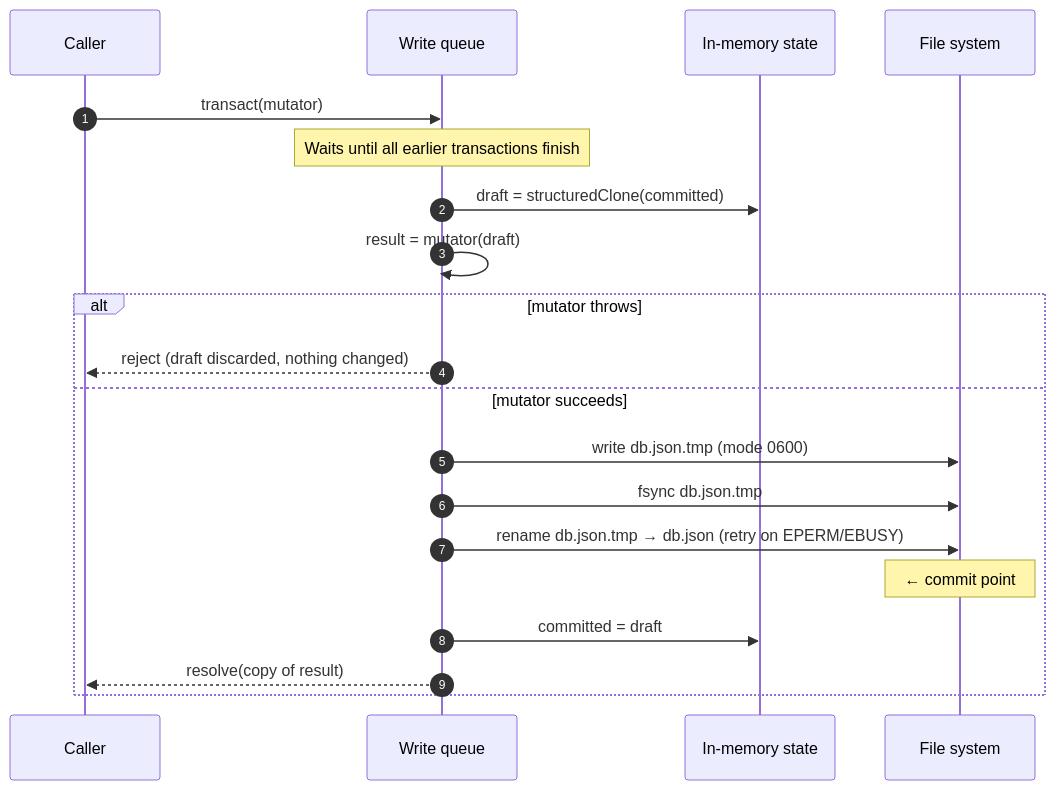
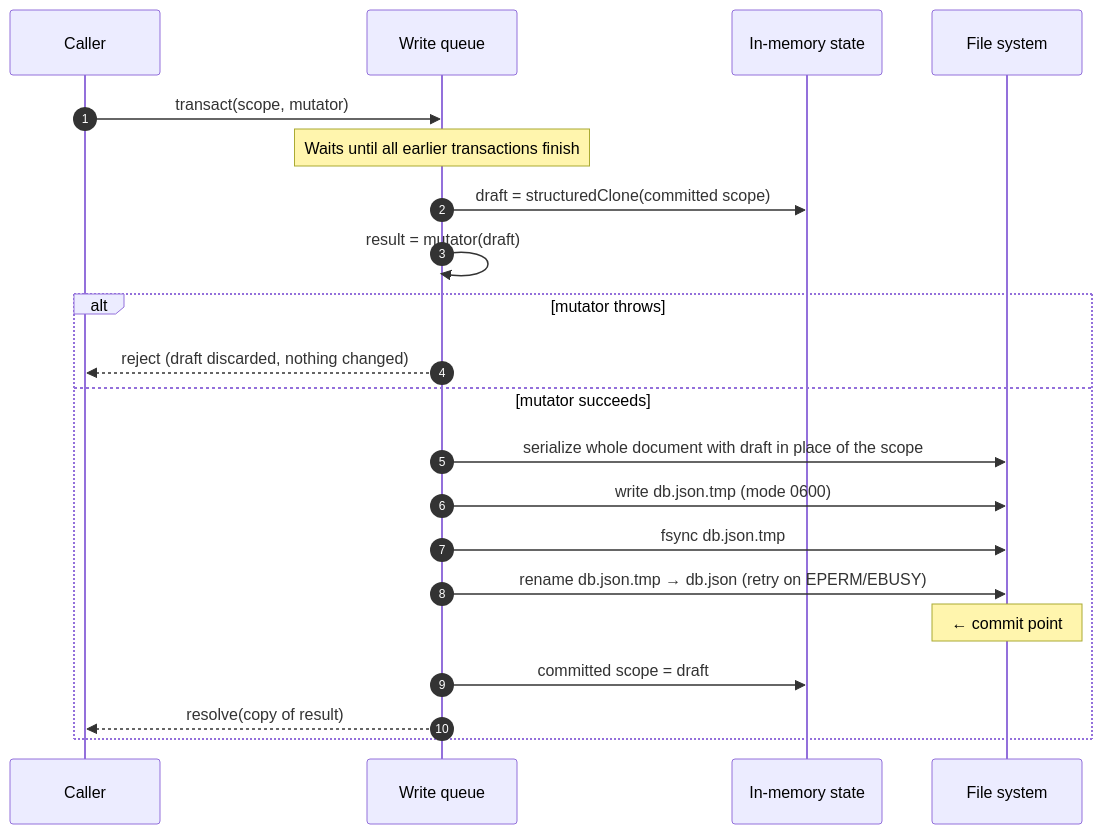
One commit to omivrex/payment-microservice-simulation changed the first of 5 diagrams in docs/07-persistence.md. Above: the diagram before and after it, drawn with Mermaid. The commit also changed other lines of this file and 3 other files, not shown here.

````diff
--- a/docs/07-persistence.md
+++ b/docs/07-persistence.md
@@ -61,23 +110,24 @@
 ```mermaid
 sequenceDiagram
     autonumber
     participant C as Caller
     participant Q as Write queue
     participant M as In-memory state
     participant F as File system
 
-    C->>Q: transact(mutator)
+    C->>Q: transact(scope, mutator)
     Note over Q: Waits until all earlier transactions finish
-    Q->>M: draft = structuredClone(committed)
+    Q->>M: draft = structuredClone(committed scope)
     Q->>Q: result = mutator(draft)
     alt mutator throws
         Q-->>C: reject (draft discarded, nothing changed)
     else mutator succeeds
+        Q->>F: serialize whole document with draft in place of the scope
         Q->>F: write db.json.tmp (mode 0600)
         Q->>F: fsync db.json.tmp
         Q->>F: rename db.json.tmp → db.json (retry on EPERM/EBUSY)
         Note over F: ← commit point
-        Q->>M: committed = draft
+        Q->>M: committed scope = draft
         Q-->>C: resolve(copy of result)
     end
 ```
````
